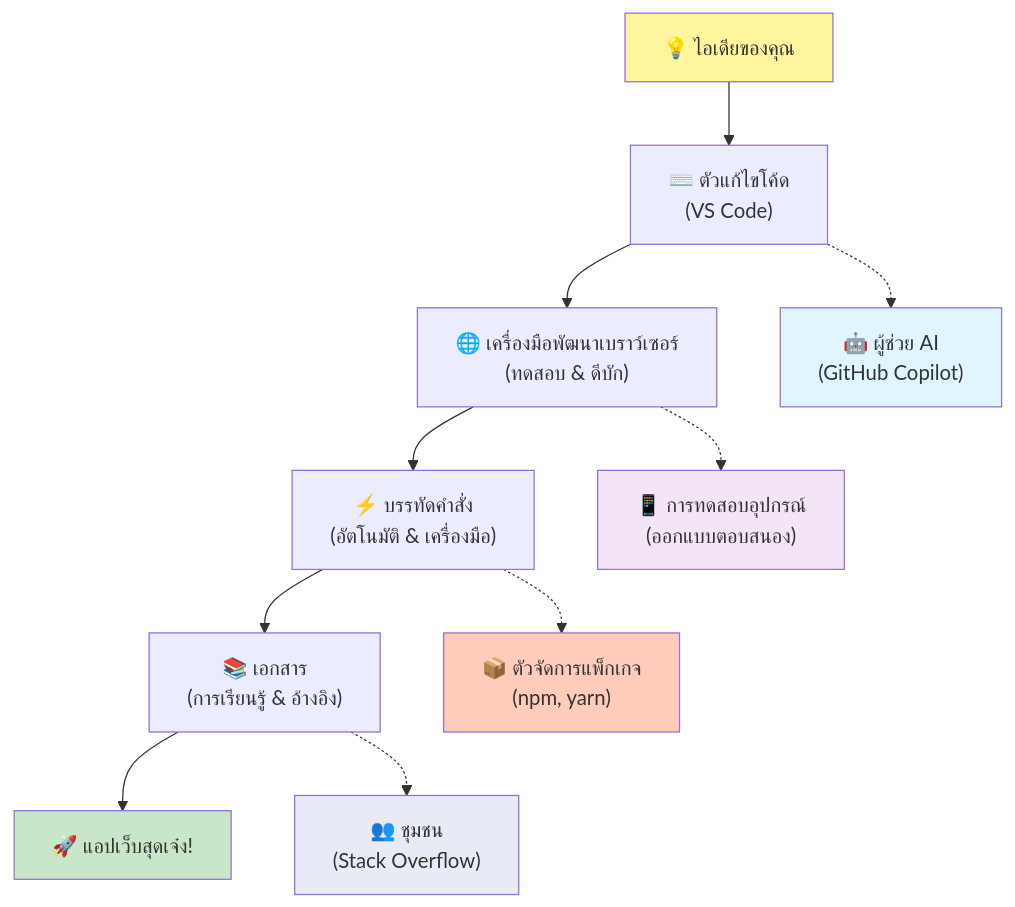
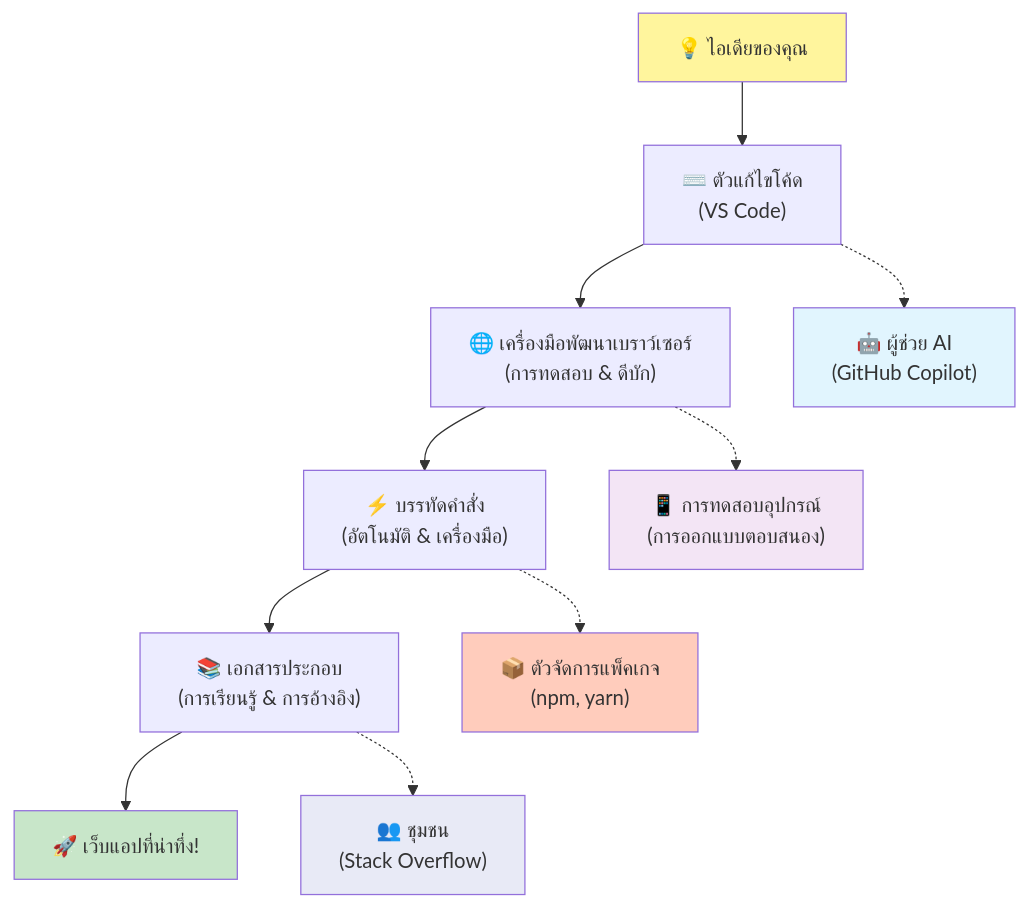
One commit to microsoft/Web-Dev-For-Beginners changed the fifth of 7 diagrams in translations/th/1-getting-started-lessons/1-intro-to-programming-languages/README.md. Above: the diagram before and after it, drawn with Mermaid. The commit also changed other lines of this file and 11 other files, not shown here.

````diff
--- a/translations/th/1-getting-started-lessons/1-intro-to-programming-languages/README.md
+++ b/translations/th/1-getting-started-lessons/1-intro-to-programming-languages/README.md
@@ -487,20 +487,20 @@
 ```mermaid
 graph TD
     A["💡 ไอเดียของคุณ"] --> B["⌨️ ตัวแก้ไขโค้ด<br/>(VS Code)"] 
-    B --> C["🌐 เครื่องมือพัฒนาเบราว์เซอร์<br/>(ทดสอบ & ดีบัก)"]
+    B --> C["🌐 เครื่องมือพัฒนาเบราว์เซอร์<br/>(การทดสอบ & ดีบัก)"]
     C --> D["⚡ บรรทัดคำสั่ง<br/>(อัตโนมัติ & เครื่องมือ)"]
-    D --> E["📚 เอกสาร<br/>(การเรียนรู้ & อ้างอิง)"]
-    E --> F["🚀 แอปเว็บสุดเจ๋ง!"]
+    D --> E["📚 เอกสารประกอบ<br/>(การเรียนรู้ & การอ้างอิง)"]
+    E --> F["🚀 เว็บแอปที่น่าทึ่ง!"]
     
     B -.-> G["🤖 ผู้ช่วย AI<br/>(GitHub Copilot)"]
-    C -.-> H["📱 การทดสอบอุปกรณ์<br/>(ออกแบบตอบสนอง)"]
-    D -.-> I["📦 ตัวจัดการแพ็กเกจ<br/>(npm, yarn)"]
+    C -.-> H["📱 การทดสอบอุปกรณ์<br/>(การออกแบบตอบสนอง)"]
+    D -.-> I["📦 ตัวจัดการแพ็คเกจ<br/>(npm, yarn)"]
     E -.-> J["👥 ชุมชน<br/>(Stack Overflow)"]
     
     style A fill:#fff59d
     style F fill:#c8e6c9
     style G fill:#e1f5fe
     style H fill:#f3e5f5
     style I fill:#ffccbc
     style J fill:#e8eaf6
-```  
+```
````
